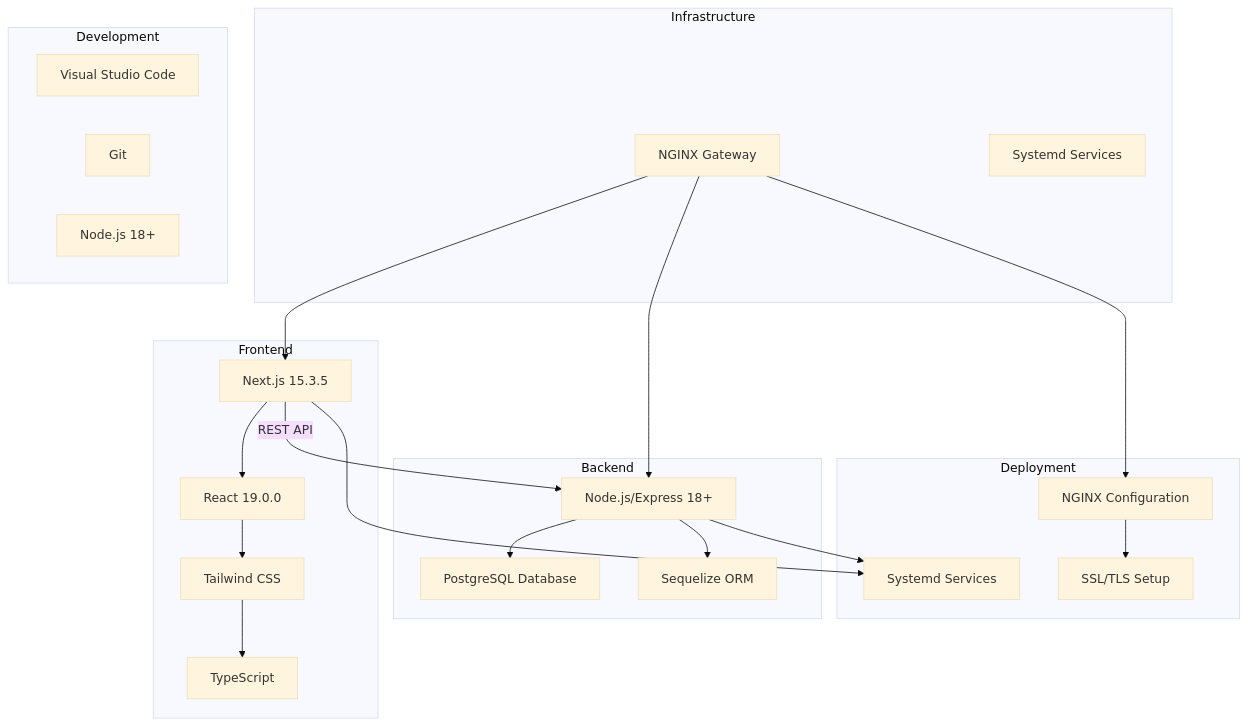
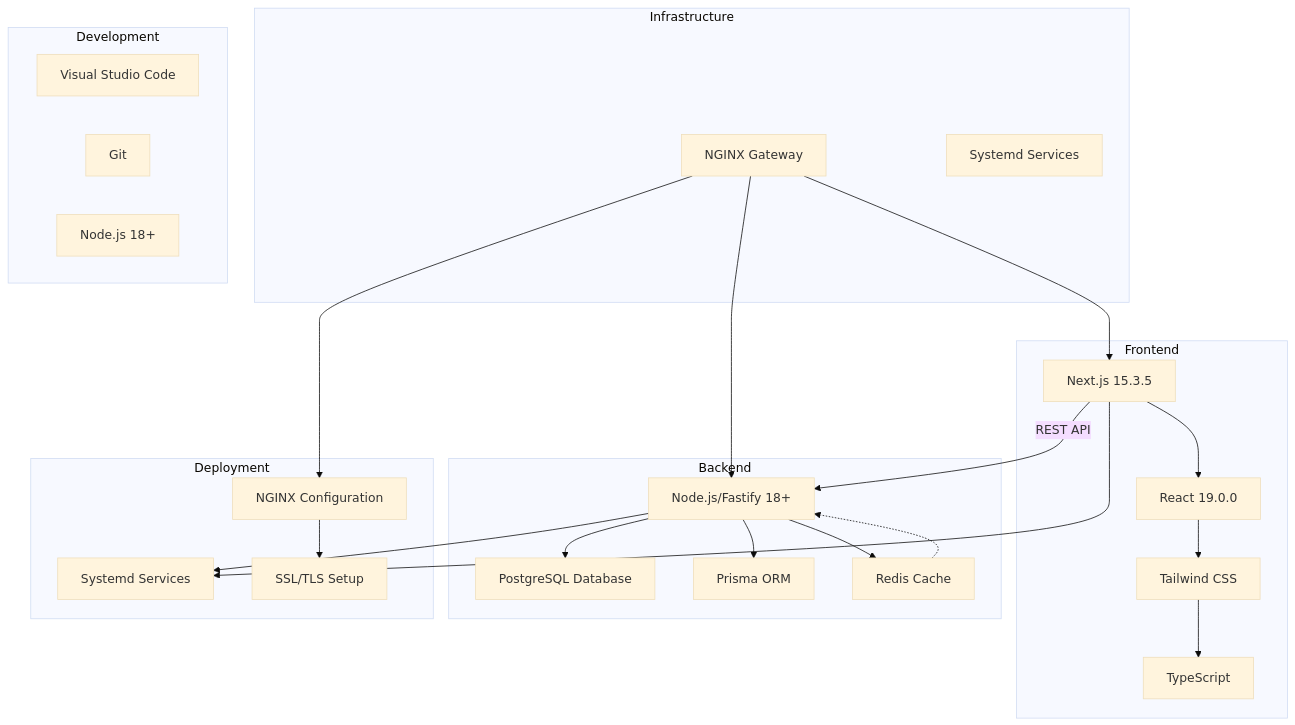
One commit to ErikVeland/GlassCodeAcademy changed the diagram in docs/TECH_STACK.md. Above: the diagram before and after it, drawn with Mermaid (base theme). The commit also changed other lines of this file and 137 other files, not shown here.

````diff
--- a/docs/TECH_STACK.md
+++ b/docs/TECH_STACK.md
@@ -9,42 +9,45 @@
 ```mermaid
 graph TB
     subgraph Frontend
         A[Next.js 15.3.5] --> B[React 19.0.0]
         B --> C[Tailwind CSS]
         C --> D[TypeScript]
     end
 
     subgraph Backend
-        E[Node.js/Express 18+]
+        E[Node.js/Fastify 18+]
         F[PostgreSQL Database]
-        G[Sequelize ORM]
+        G[Prisma ORM]
+        H[Redis Cache]
     end
 
     subgraph Infrastructure
-        H[NGINX Gateway]
-        I[Systemd Services]
+        I[NGINX Gateway]
+        J[Systemd Services]
     end
 
     A -- REST API --> E
     E --> F
     E --> G
-    H --> A
-    H --> E
+    E --> H
+    H -.-> E
+    I --> A
+    I --> E
 
     subgraph Development
-        J[Visual Studio Code]
-        K[Git]
-        L[Node.js 18+]
+        K[Visual Studio Code]
+        L[Git]
+        M[Node.js 18+]
     end
 
     subgraph Deployment
-        M[Systemd Services]
-        N[NGINX Configuration]
-        O[SSL/TLS Setup]
+        N[Systemd Services]
+        O[NGINX Configuration]
+        P[SSL/TLS Setup]
     end
 
-    A --> M
-    E --> M
-    H --> N
-    N --> O
+    A --> N
+    E --> N
+    I --> O
+    O --> P
 ```
````
